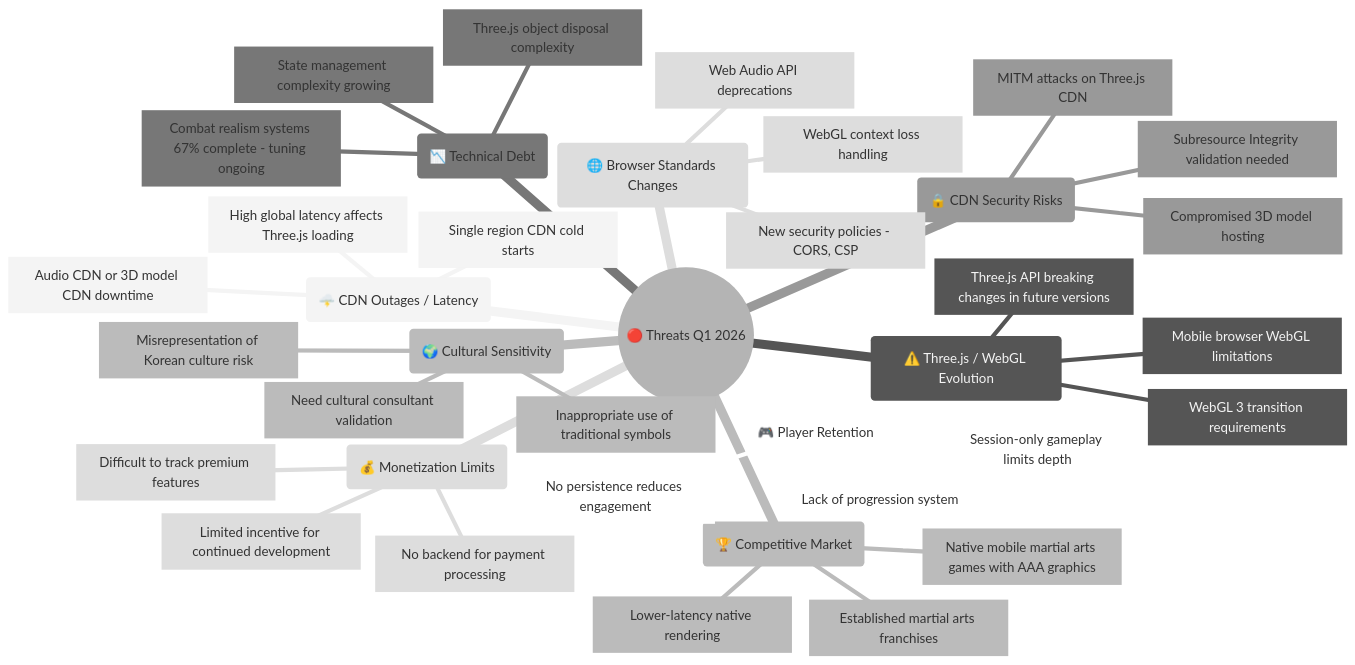
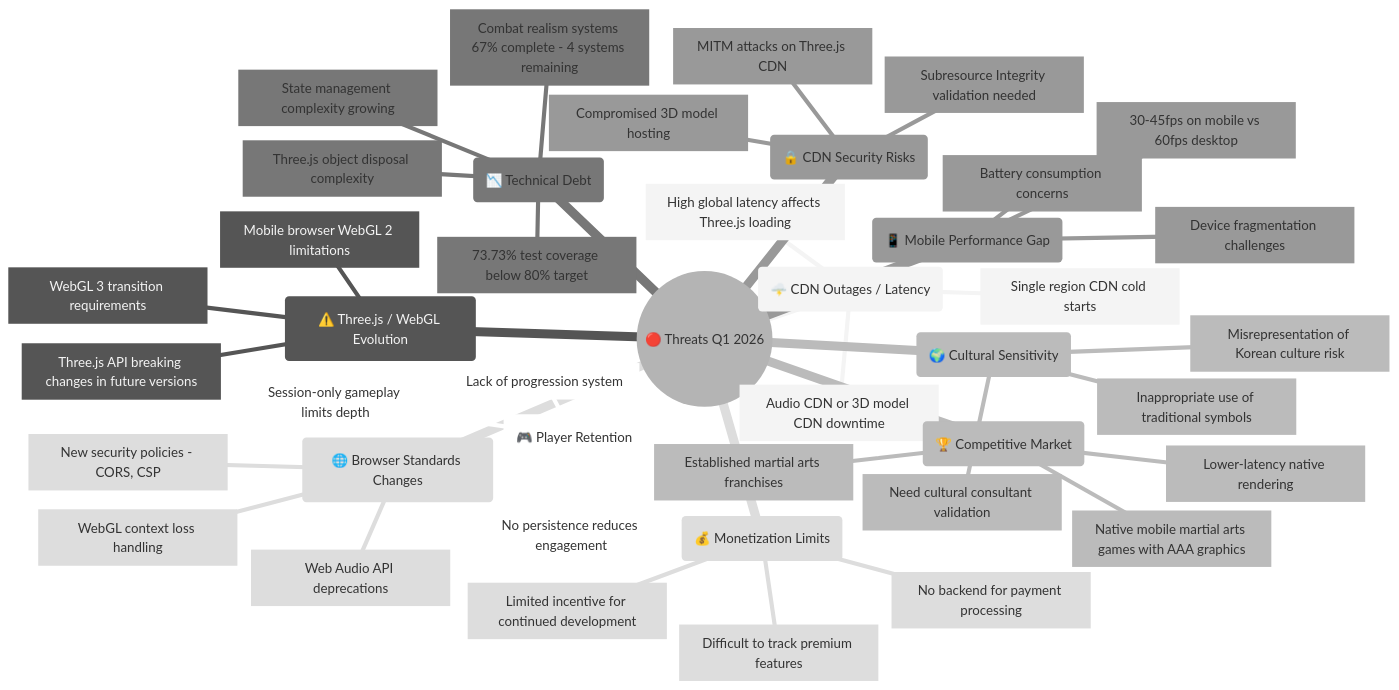
Diagram 12 of 22 in docs/api/media/ARCHITECTURE.md (Hack23/blacktrigram), drawn with Mermaid (neutral theme) before and after one commit. The commit also changed other lines of this file and 1833 other files, not shown here.

````diff
--- a/docs/api/media/ARCHITECTURE.md
+++ b/docs/api/media/ARCHITECTURE.md
@@ -1506,40 +1654,45 @@
 ```mermaid
 mindmap
   root((🔴 Threats Q1 2026))
     id1(🌩️ CDN Outages / Latency)
       id1.1[Audio CDN or 3D model CDN downtime]
       id1.2[High global latency affects Three.js loading]
       id1.3[Single region CDN cold starts]
     id2(⚠️ Three.js / WebGL Evolution)
       id2.1[Three.js API breaking changes in future versions]
       id2.2[WebGL 3 transition requirements]
-      id2.3[Mobile browser WebGL limitations]
+      id2.3[Mobile browser WebGL 2 limitations]
     id3(🏆 Competitive Market)
       id3.1[Native mobile martial arts games with AAA graphics]
       id3.2[Lower-latency native rendering]
       id3.3[Established martial arts franchises]
     id4(📉 Technical Debt)
       id4.1[Three.js object disposal complexity]
-      id4.2[Combat realism systems 67% complete - tuning ongoing]
+      id4.2[Combat realism systems 67% complete - 4 systems remaining]
       id4.3[State management complexity growing]
+      id4.4[73.73% test coverage below 80% target]
     id5(🔒 CDN Security Risks)
       id5.1[MITM attacks on Three.js CDN]
       id5.2[Compromised 3D model hosting]
       id5.3[Subresource Integrity validation needed]
     id6(🌐 Browser Standards Changes)
       id6.1[Web Audio API deprecations]
       id6.2[WebGL context loss handling]
       id6.3[New security policies - CORS, CSP]
     id7(🎮 Player Retention)
       id7.1[No persistence reduces engagement]
       id7.2[Lack of progression system]
       id7.3[Session-only gameplay limits depth]
     id8(💰 Monetization Limits)
       id8.1[No backend for payment processing]
       id8.2[Difficult to track premium features]
       id8.3[Limited incentive for continued development]
     id9(🌍 Cultural Sensitivity)
       id9.1[Misrepresentation of Korean culture risk]
       id9.2[Inappropriate use of traditional symbols]
       id9.3[Need cultural consultant validation]
+    id10(📱 Mobile Performance Gap)
+      id10.1[30-45fps on mobile vs 60fps desktop]
+      id10.2[Device fragmentation challenges]
+      id10.3[Battery consumption concerns]
 ```
````
